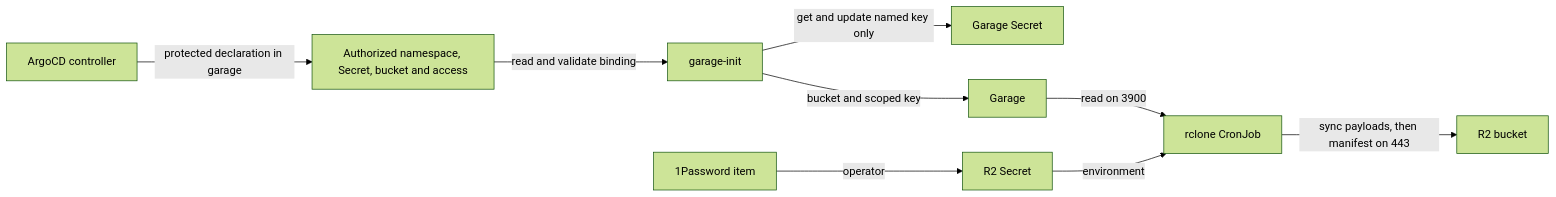
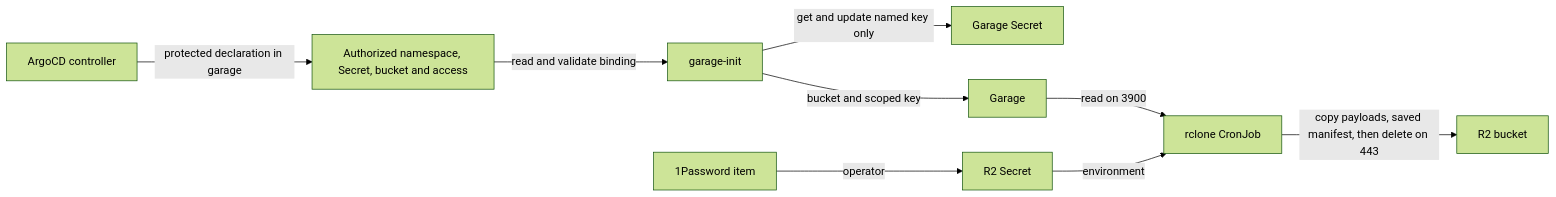
Before and after one commit to jomcgi-org/homelab: the first of 4 diagrams in projects/shared/helm/factory-library/README.md, drawn with Mermaid (forest theme). The commit also changed other lines of this file and 18 other files, not shown here.

````diff
--- a/projects/shared/helm/factory-library/README.md
+++ b/projects/shared/helm/factory-library/README.md
@@ -275,11 +275,11 @@
 ```mermaid
 flowchart LR
   argo[ArgoCD controller] -->|protected declaration in garage| claim[Authorized namespace, Secret, bucket and access]
   claim -->|read and validate binding| init[garage-init]
   init -->|get and update named key only| key[Garage Secret]
   init -->|bucket and scoped key| garage[Garage]
   item[1Password item] -->|operator| credential[R2 Secret]
   garage -->|read on 3900| mirror[rclone CronJob]
   credential -->|environment| mirror
-  mirror -->|sync payloads, then manifest on 443| r2[R2 bucket]
+  mirror -->|copy payloads, saved manifest, then delete on 443| r2[R2 bucket]
 ```
````
